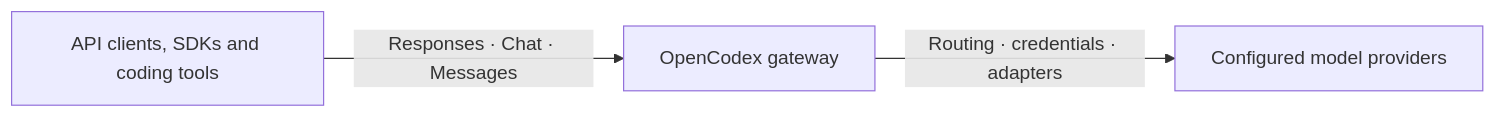
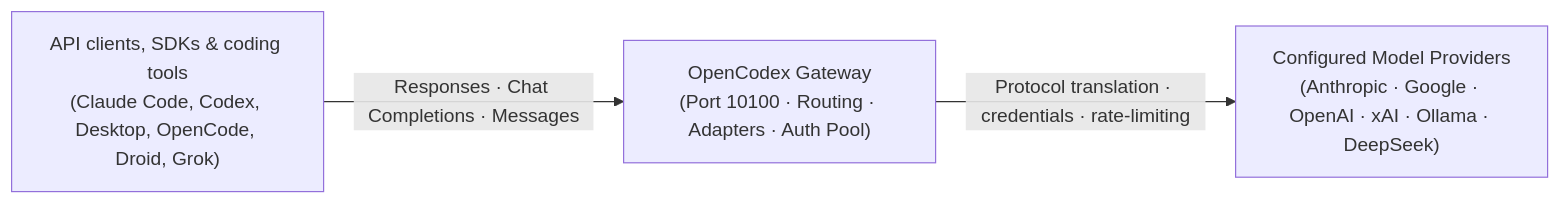
One commit to GroepOnline/opencodex changed the first of 2 diagrams in README.md. Above: the diagram before and after it, drawn with Mermaid. The commit also changed other lines of this file and 14 other files, not shown here.

Commit message:
docs: rewrite README with visual showcases, demos and architecture media

````diff
--- a/README.md
+++ b/README.md
@@ -15,8 +65,8 @@
 ```mermaid
 flowchart LR
-  clients["API clients, SDKs and coding tools"]
-  gateway["OpenCodex gateway"]
-  providers["Configured model providers"]
-  clients -->|"Responses · Chat · Messages"| gateway
-  gateway -->|"Routing · credentials · adapters"| providers
+  clients["API clients, SDKs & coding tools\n(Claude Code, Codex, Desktop, OpenCode, Droid, Grok)"]
+  gateway["OpenCodex Gateway\n(Port 10100 · Routing · Adapters · Auth Pool)"]
+  providers["Configured Model Providers\n(Anthropic · Google · OpenAI · xAI · Ollama · DeepSeek)"]
+  clients -->|"Responses · Chat Completions · Messages"| gateway
+  gateway -->|"Protocol translation · credentials · rate-limiting"| providers
 ```
````
